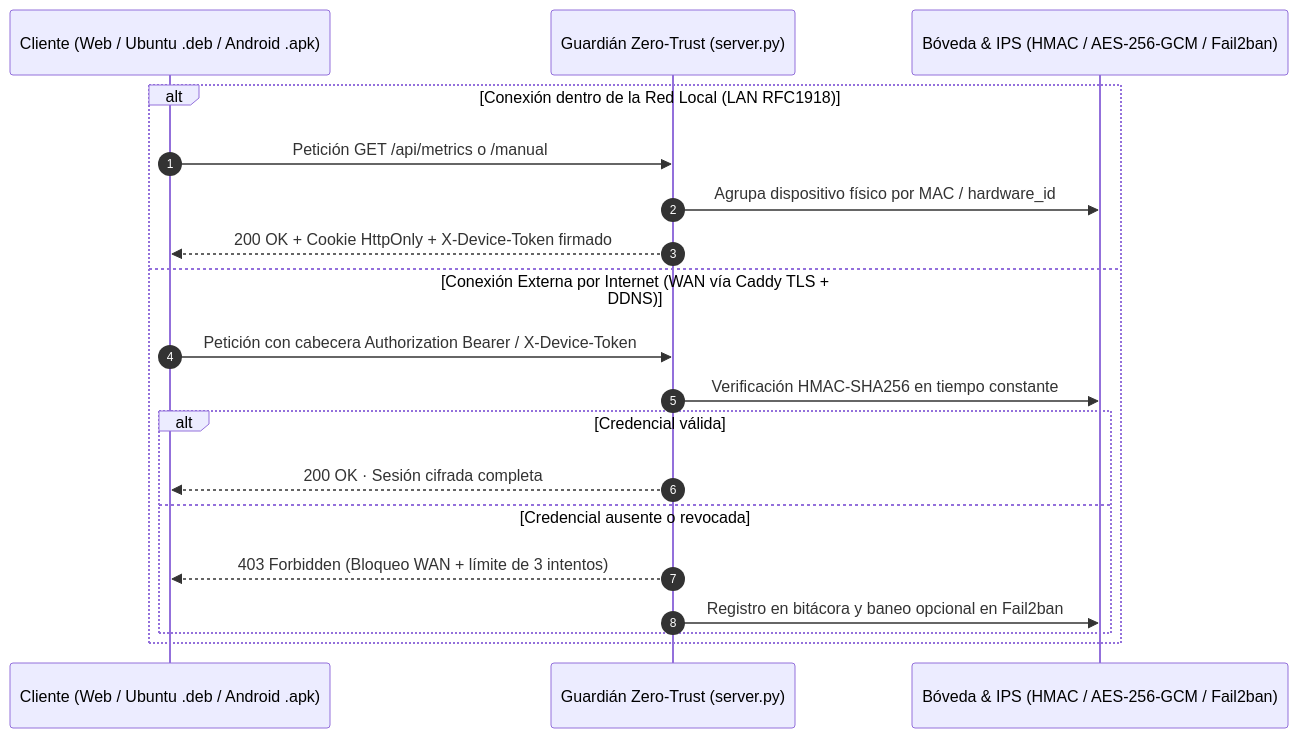
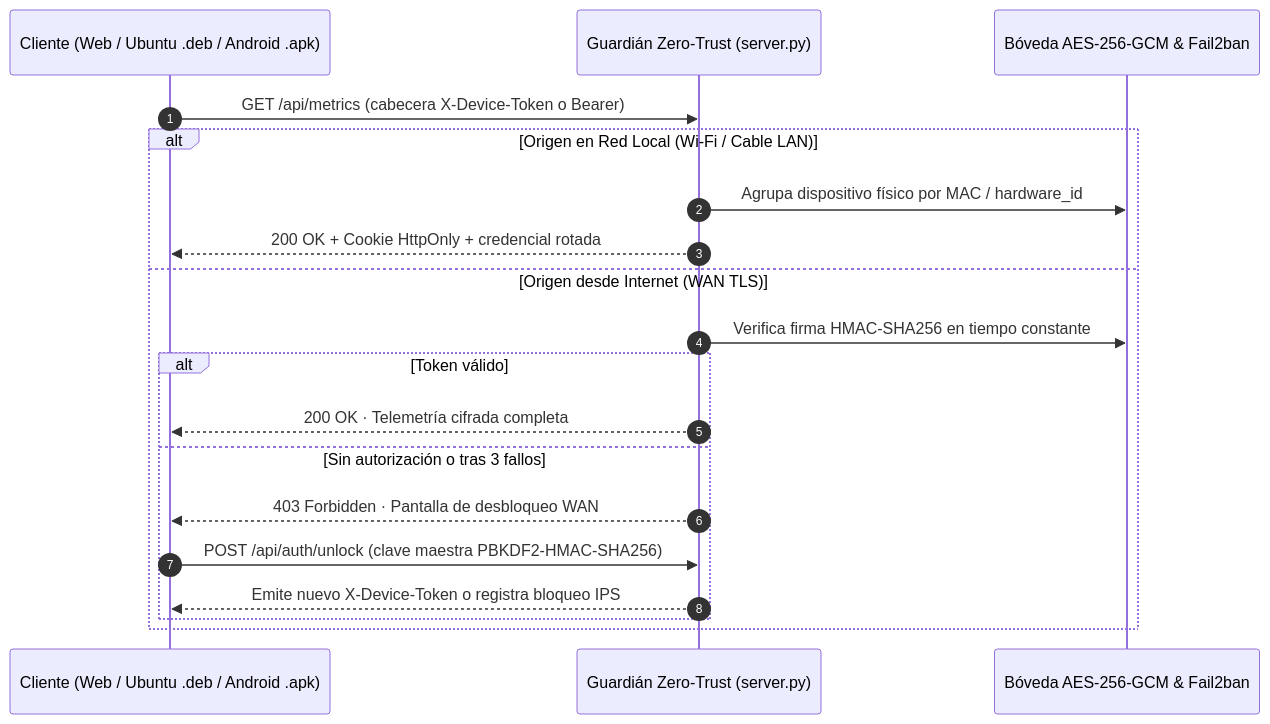
Before and after one commit to cminewarIA/recursos-ui: the third of 3 diagrams in README.md, drawn with Mermaid. The commit also changed other lines of this file and 50 other files, not shown here.

````diff
--- a/README.md
+++ b/README.md
@@ -123,22 +178,22 @@
 ```mermaid
 sequenceDiagram
     autonumber
     participant C as Cliente (Web / Ubuntu .deb / Android .apk)
-    participant S as Guardián Zero-Trust (server.py)
-    participant V as Bóveda & IPS (HMAC / AES-256-GCM / Fail2ban)
+    participant G as Guardián Zero-Trust (server.py)
+    participant B as Bóveda AES-256-GCM & Fail2ban
 
-    alt Conexión dentro de la Red Local (LAN RFC1918)
-        C->>S: Petición GET /api/metrics o /manual
-        S->>V: Agrupa dispositivo físico por MAC / hardware_id
-        S-->>C: 200 OK + Cookie HttpOnly + X-Device-Token firmado
-    else Conexión Externa por Internet (WAN vía Caddy TLS + DDNS)
-        C->>S: Petición con cabecera Authorization Bearer / X-Device-Token
-        S->>V: Verificación HMAC-SHA256 en tiempo constante
-        alt Credencial válida
-            S-->>C: 200 OK · Sesión cifrada completa
-        else Credencial ausente o revocada
-            S-->>C: 403 Forbidden (Bloqueo WAN + límite de 3 intentos)
-            S->>V: Registro en bitácora y baneo opcional en Fail2ban
+    C->>G: GET /api/metrics (cabecera X-Device-Token o Bearer)
+    alt Origen en Red Local (Wi-Fi / Cable LAN)
+        G->>B: Agrupa dispositivo físico por MAC / hardware_id
+        G-->>C: 200 OK + Cookie HttpOnly + credencial rotada
+    else Origen desde Internet (WAN TLS)
+        G->>B: Verifica firma HMAC-SHA256 en tiempo constante
+        alt Token válido
+            G-->>C: 200 OK · Telemetría cifrada completa
+        else Sin autorización o tras 3 fallos
+            G-->>C: 403 Forbidden · Pantalla de desbloqueo WAN
+            C->>G: POST /api/auth/unlock (clave maestra PBKDF2-HMAC-SHA256)
+            G-->>C: Emite nuevo X-Device-Token o registra bloqueo IPS
         end
     end
 ```
````
